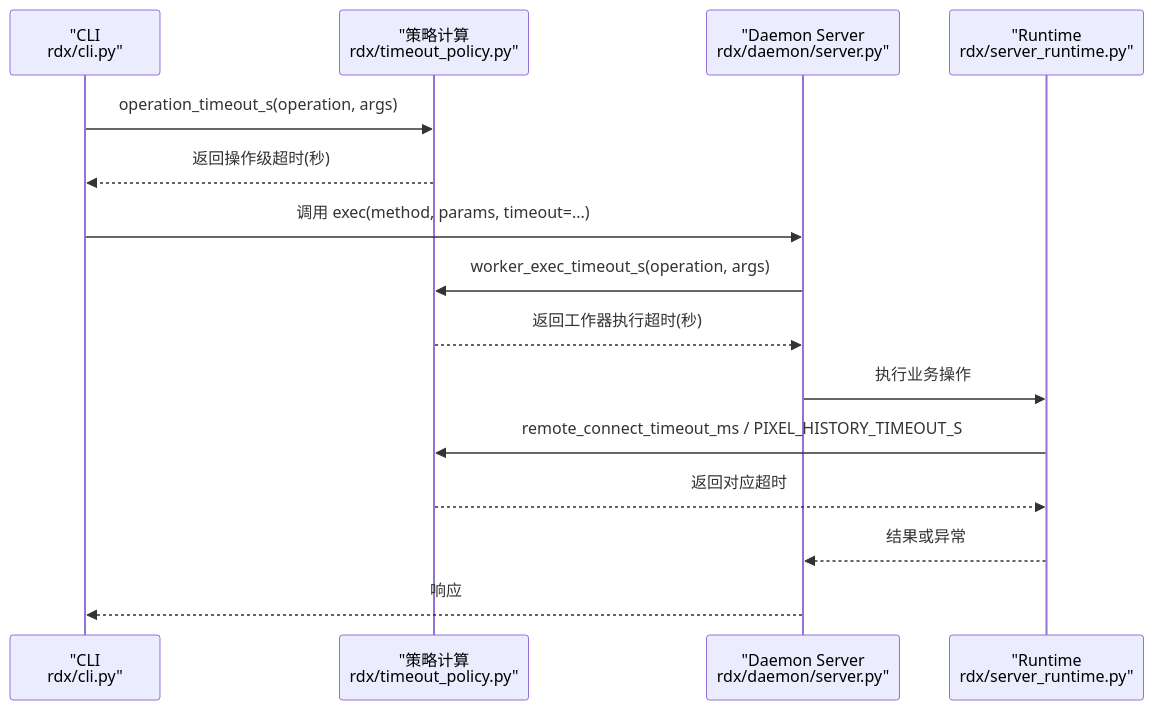
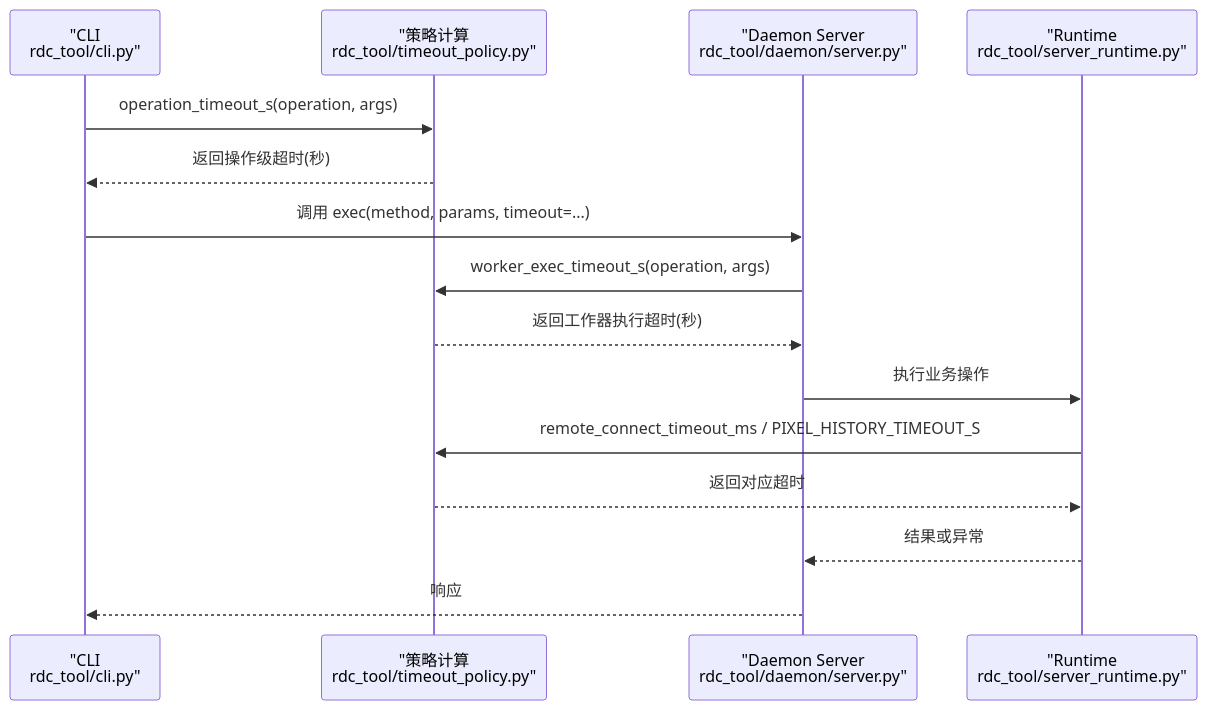
Before and after one commit to haolange/RDC-Tool: the second of 5 diagrams in .qoder/repowiki/zh/content/运行时管理/超时策略管理.md, drawn with Mermaid. The commit also changed other lines of this file and 388 other files, not shown here.

First line of the commit message:
Release RDC-Tool identity and public maintenance surface

````diff
--- a/.qoder/repowiki/zh/content/运行时管理/超时策略管理.md
+++ b/.qoder/repowiki/zh/content/运行时管理/超时策略管理.md
@@ -83,17 +83,17 @@
 ```mermaid
 sequenceDiagram
-participant CLI as "CLI<br/>rdx/cli.py"
-participant POL as "策略计算<br/>rdx/timeout_policy.py"
-participant DAEMON as "Daemon Server<br/>rdx/daemon/server.py"
-participant RUNTIME as "Runtime<br/>rdx/server_runtime.py"
+participant CLI as "CLI<br/>rdc_tool/cli.py"
+participant POL as "策略计算<br/>rdc_tool/timeout_policy.py"
+participant DAEMON as "Daemon Server<br/>rdc_tool/daemon/server.py"
+participant RUNTIME as "Runtime<br/>rdc_tool/server_runtime.py"
 CLI->>POL : operation_timeout_s(operation, args)
 POL-->>CLI : 返回操作级超时(秒)
 CLI->>DAEMON : 调用 exec(method, params, timeout=...)
 DAEMON->>POL : worker_exec_timeout_s(operation, args)
 POL-->>DAEMON : 返回工作器执行超时(秒)
 DAEMON->>RUNTIME : 执行业务操作
 RUNTIME->>POL : remote_connect_timeout_ms / PIXEL_HISTORY_TIMEOUT_S
 POL-->>RUNTIME : 返回对应超时
 RUNTIME-->>DAEMON : 结果或异常
 DAEMON-->>CLI : 响应
 ```
````
